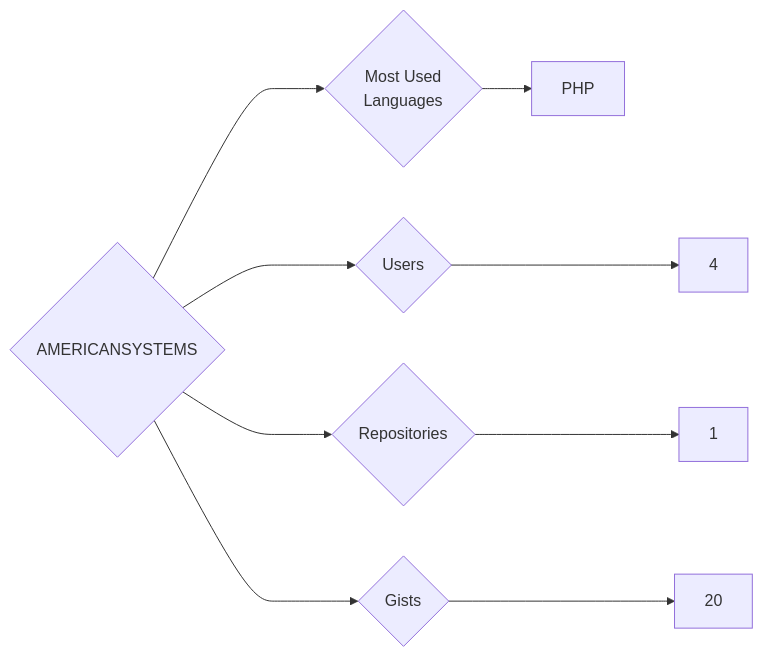
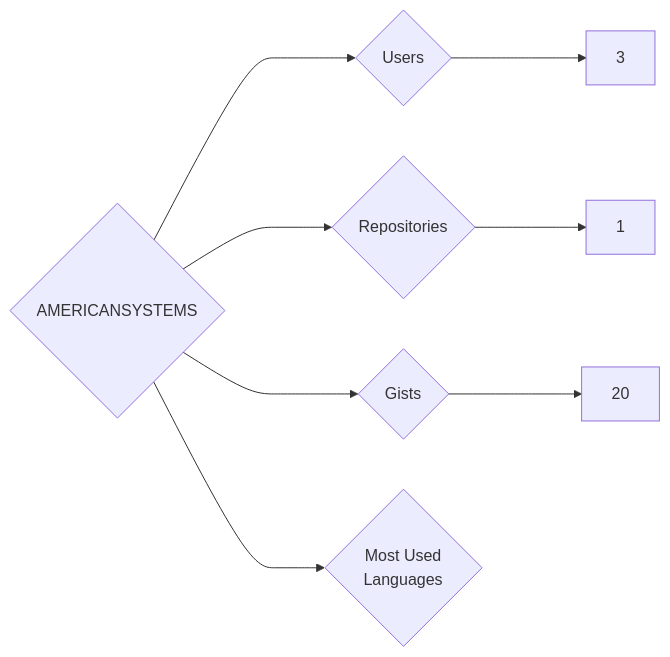
Before and after one commit to trickest/insiders: the diagram in targets/AMERICANSYSTEMS/README.md, drawn with Mermaid. The commit also changed 997 other files, not shown here.

````diff
--- a/targets/AMERICANSYSTEMS/README.md
+++ b/targets/AMERICANSYSTEMS/README.md
@@ -3,9 +3,8 @@
 ```mermaid
 graph LR
 COMPANY_NAME{AMERICANSYSTEMS}
-COMPANY_NAME ---> U{Users} ---> UN[4]
+COMPANY_NAME ---> U{Users} ---> UN[3]
 COMPANY_NAME ---> R{Repositories} ---> RN[1]
 COMPANY_NAME ---> G{Gists} ---> GN[20]
 COMPANY_NAME ---> ML{Most Used<br>Languages}
-ML --> PHP[PHP]
 ```
````
